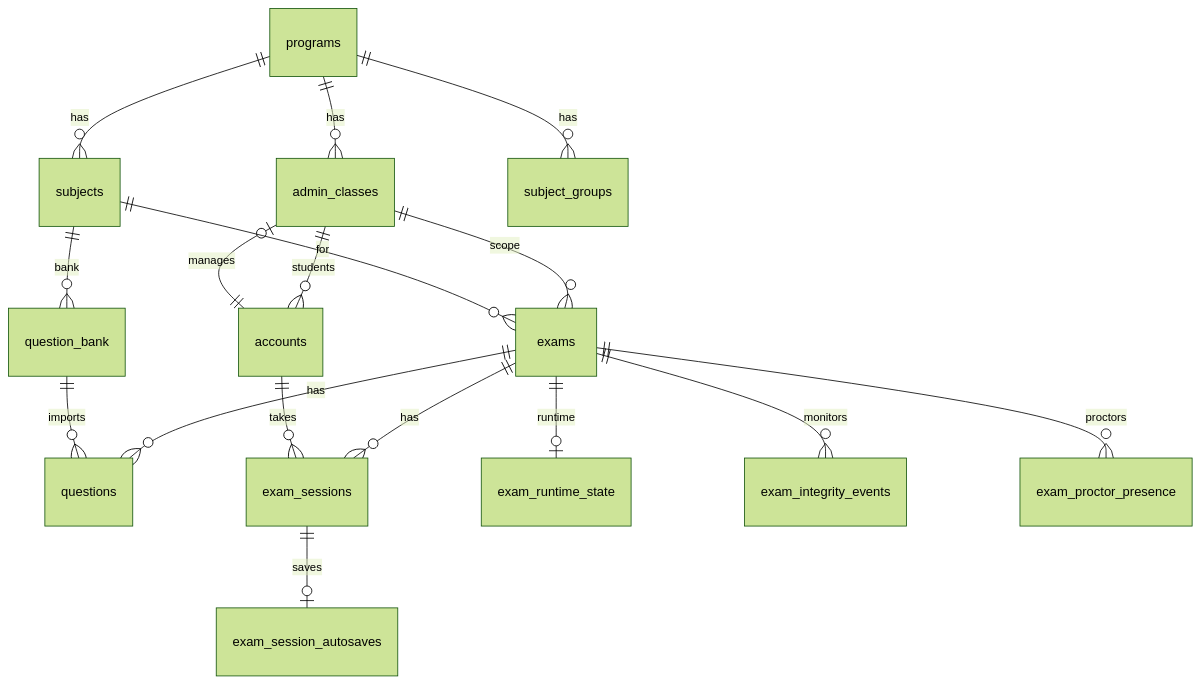
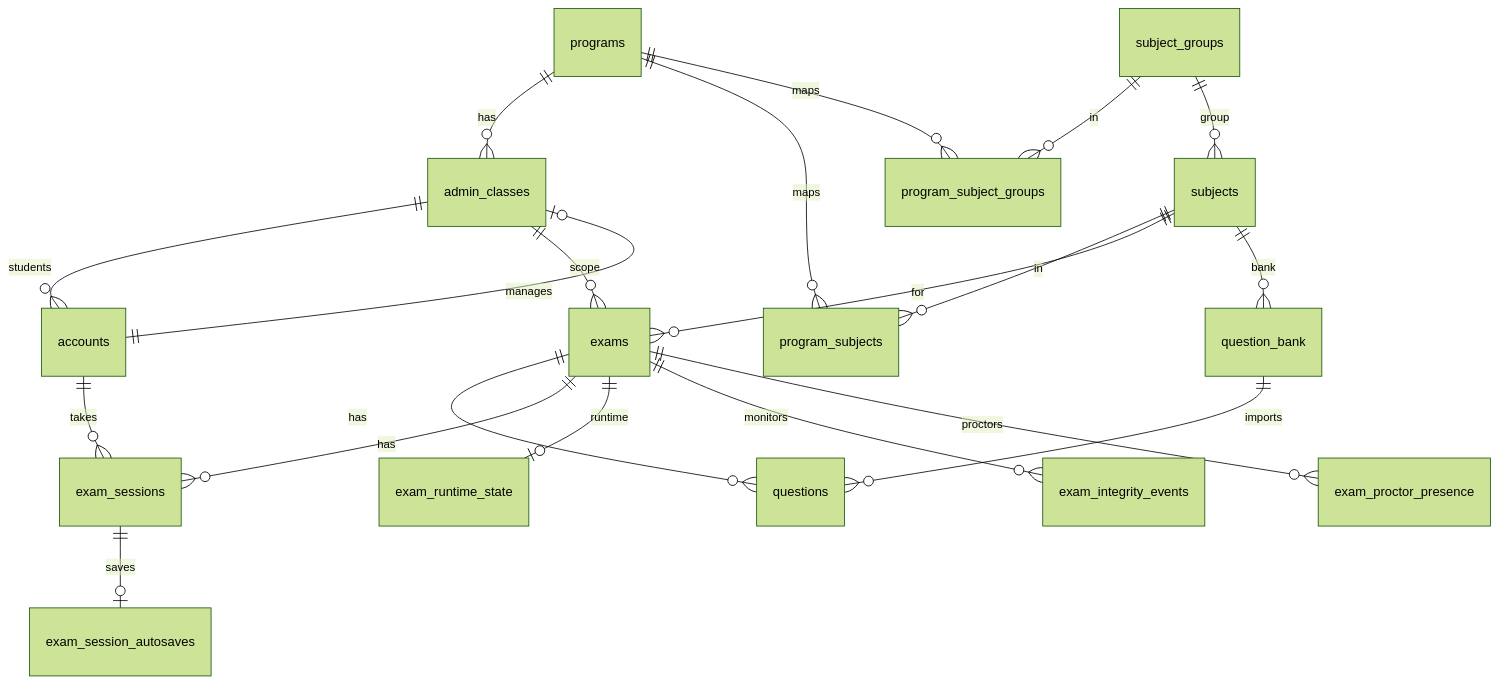
One commit to NhongPlus/GraduationProject changed the sixth of 9 diagrams in docs/SO_DO_ER_MERMAID.md. Above: the diagram before and after it, drawn with Mermaid (forest theme). The commit also changed other lines of this file and 4 other files, not shown here.

First line of the commit message:
Remove legacy assignments and grades schema artifacts.

````diff
--- a/docs/SO_DO_ER_MERMAID.md
+++ b/docs/SO_DO_ER_MERMAID.md
@@ -476,19 +473,22 @@
 ```mermaid
 erDiagram
   programs ||--o{ admin_classes : has
-  programs ||--o{ subjects : has
-  programs ||--o{ subject_groups : has
+  programs ||--o{ program_subjects : maps
+  programs ||--o{ program_subject_groups : maps
   admin_classes ||--o{ accounts : students
   admin_classes ||--o{ exams : scope
   accounts ||--o| admin_classes : manages
+  subject_groups ||--o{ program_subject_groups : in
+  subject_groups ||--o{ subjects : group
+  subjects ||--o{ program_subjects : in
   subjects ||--o{ exams : for
   exams ||--o{ questions : has
   exams ||--o{ exam_sessions : has
   exams ||--o| exam_runtime_state : runtime
   accounts ||--o{ exam_sessions : takes
   exam_sessions ||--o| exam_session_autosaves : saves
   exams ||--o{ exam_integrity_events : monitors
   exams ||--o{ exam_proctor_presence : proctors
   question_bank ||--o{ questions : imports
   subjects ||--o{ question_bank : bank
 ```
````
